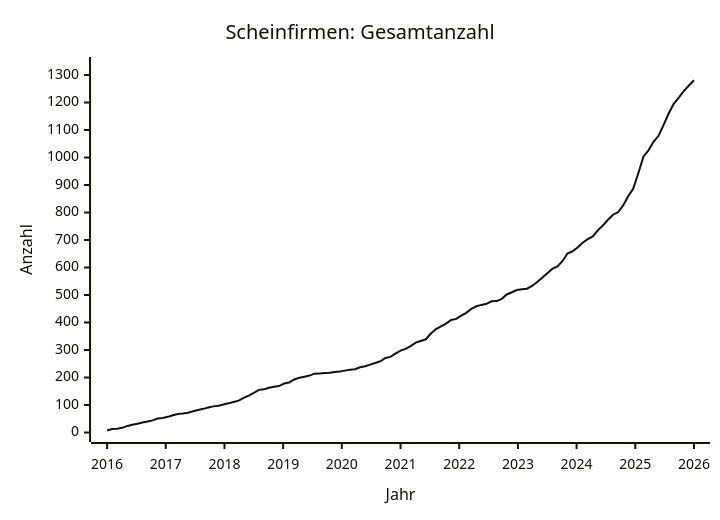
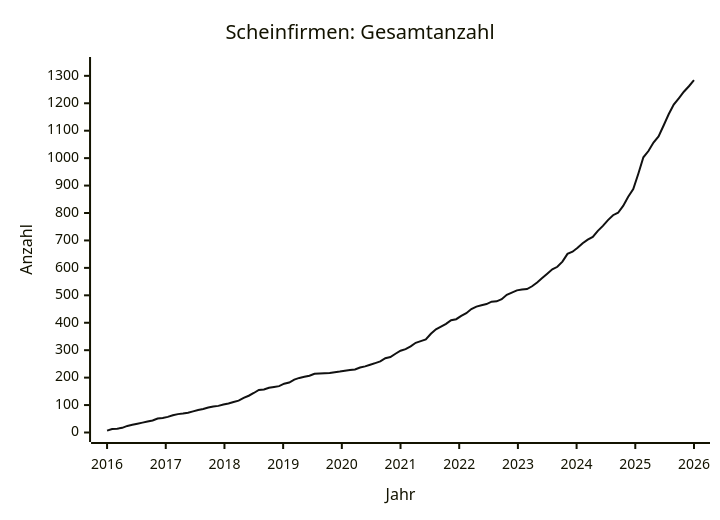
The diagram in data/STATS.md (arjoma/scheinfirmen-at), drawn with Mermaid before and after one commit. The commit also changed other lines of this file and 3 other files, not shown here.

````diff
--- a/data/STATS.md
+++ b/data/STATS.md
@@ -9,13 +9,13 @@
 ```mermaid
 ---
 config:
   themeVariables:
     xyChart:
       plotColorPalette: "#111111"
 ---
 xychart-beta
     title "Scheinfirmen: Gesamtanzahl"
     x-axis "Jahr" 2016 --> 2026
-    y-axis "Anzahl" 0 --> 1331
-    line [7, 13, 14, 17, 24, 28, 32, 36, 40, 44, 51, 53, 57, 63, 67, 69, 72, 77, 82, 86, 91, 95, 97, 102, 106, 111, 116, 126, 134, 144, 155, 157, 163, 166, 169, 178, 182, 193, 199, 203, 207, 214, 215, 216, 217, 220, 222, 225, 228, 230, 237, 241, 247, 253, 259, 271, 275, 287, 298, 304, 314, 327, 333, 339, 360, 376, 386, 396, 409, 413, 425, 435, 450, 459, 464, 468, 477, 478, 486, 502, 510, 518, 521, 523, 533, 547, 563, 579, 595, 604, 623, 651, 659, 673, 690, 703, 713, 735, 753, 774, 792, 801, 826, 859, 887, 943, 1003, 1026, 1057, 1079, 1119, 1160, 1195, 1218, 1242, 1262, 1281]
+    y-axis "Anzahl" 0 --> 1334
+    line [7, 13, 14, 17, 24, 28, 32, 36, 40, 44, 51, 53, 57, 63, 67, 69, 72, 77, 82, 86, 91, 95, 97, 102, 106, 111, 116, 126, 134, 144, 155, 157, 163, 166, 169, 178, 182, 193, 199, 203, 207, 214, 215, 216, 217, 220, 222, 225, 228, 230, 237, 241, 247, 253, 259, 271, 275, 287, 298, 304, 314, 327, 333, 339, 360, 376, 386, 396, 409, 413, 425, 435, 450, 459, 464, 468, 477, 478, 486, 502, 510, 518, 521, 523, 533, 547, 563, 579, 595, 604, 623, 651, 659, 673, 690, 703, 713, 735, 753, 774, 792, 801, 826, 859, 887, 943, 1003, 1026, 1057, 1079, 1119, 1160, 1195, 1218, 1242, 1262, 1284]
 ```
````
